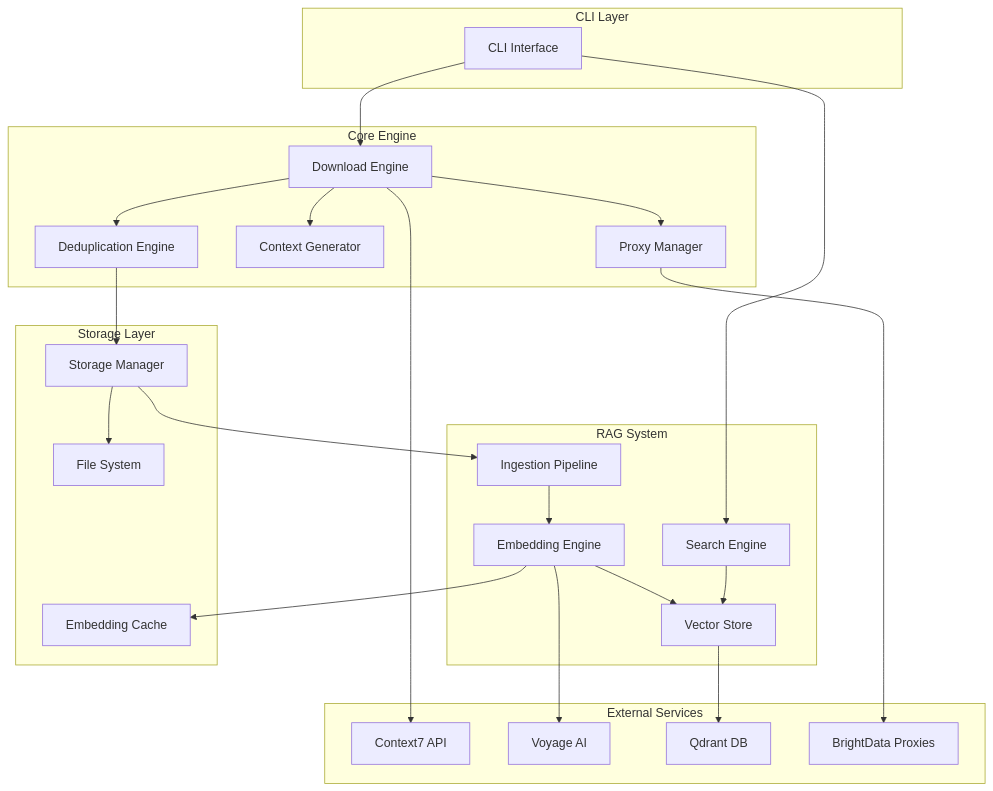
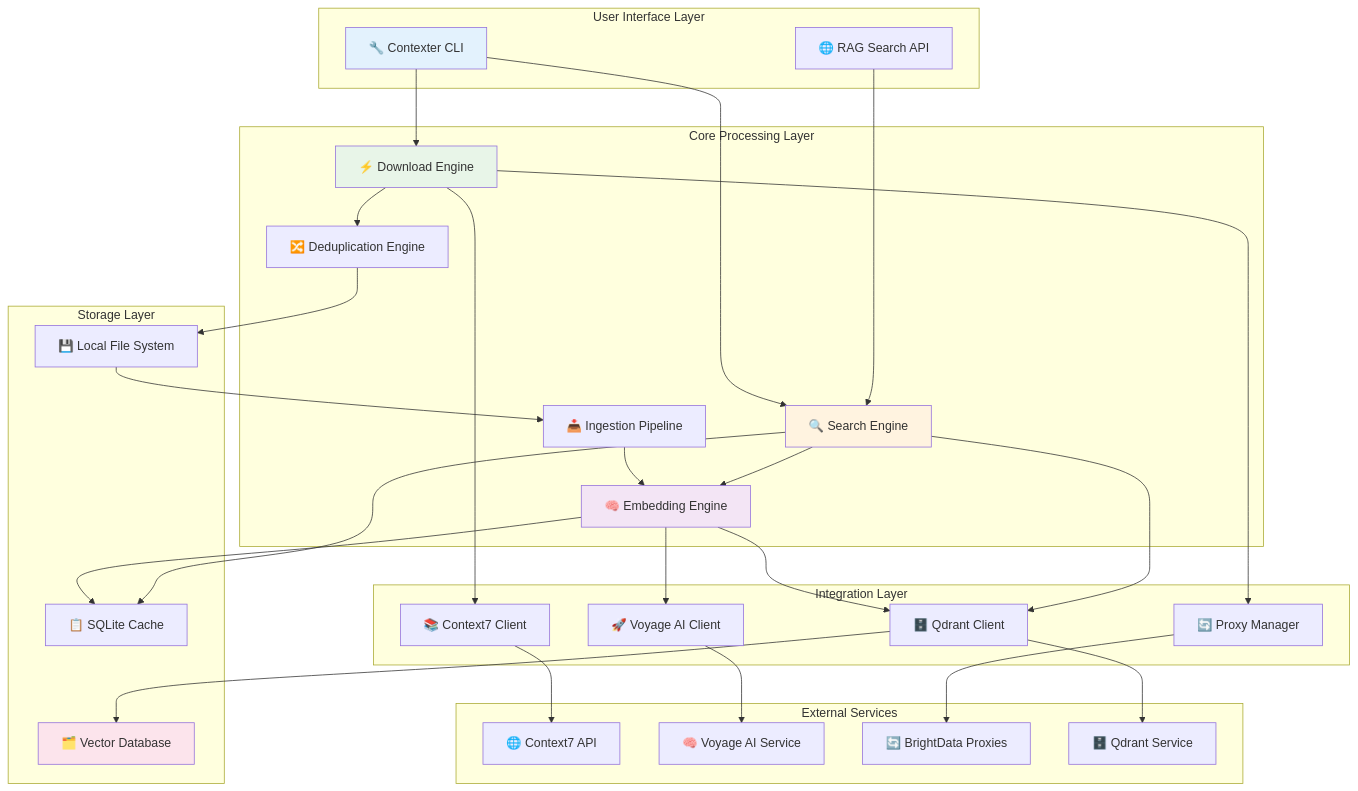
Before and after one commit to osbornesec/contexter: the first of 3 diagrams in ANALYSIS.md, drawn with Mermaid. The commit also changed other lines of this file and 3 other files, not shown here.

````diff
--- a/ANALYSIS.md
+++ b/ANALYSIS.md
@@ -210,50 +250,73 @@
 ```mermaid
 graph TB
-    subgraph "CLI Layer"
-        CLI[CLI Interface]
+    subgraph "User Interface Layer"
+        CLI[🔧 Contexter CLI]
+        WebAPI[🌐 RAG Search API]
     end
     
-    subgraph "Core Engine"
-        DE[Download Engine]
-        PM[Proxy Manager]
-        CG[Context Generator]
-        DD[Deduplication Engine]
+    subgraph "Core Processing Layer"
+        DownloadEngine[⚡ Download Engine]
+        DedupeEngine[🔀 Deduplication Engine]
+        IngestionPipeline[📥 Ingestion Pipeline]
+        EmbeddingEngine[🧠 Embedding Engine]
+        SearchEngine[🔍 Search Engine]
     end
     
-    subgraph "RAG System"
-        IP[Ingestion Pipeline]
-        EE[Embedding Engine]
-        VS[Vector Store]
-        SE[Search Engine]
+    subgraph "Integration Layer"
+        ProxyManager[🔄 Proxy Manager]
+        Context7Client[📚 Context7 Client]
+        VoyageClient[🚀 Voyage AI Client]
+        QdrantClient[🗄️ Qdrant Client]
     end
     
     subgraph "Storage Layer"
-        SM[Storage Manager]
-        EM[Embedding Cache]
-        FS[File System]
+        LocalStorage[💾 Local File System]
+        VectorDB[🗂️ Vector Database]
+        CacheDB[📋 SQLite Cache]
     end
     
     subgraph "External Services"
-        C7[Context7 API]
-        VA[Voyage AI]
-        QD[Qdrant DB]
-        BP[BrightData Proxies]
+        Context7API[🌐 Context7 API]
+        VoyageAI[🧠 Voyage AI Service]
+        BrightData[🔄 BrightData Proxies]
+        QdrantService[🗄️ Qdrant Service]
     end
     
-    CLI --> DE
-    DE --> PM
-    DE --> CG
-    DE --> DD
-    PM --> BP
-    DE --> C7
-    DD --> SM
-    SM --> FS
-    SM --> IP
-    IP --> EE
-    EE --> VA
-    EE --> EM
-    EE --> VS
-    VS --> QD
-    SE --> VS
-    CLI --> SE
+    %% User interactions
+    CLI --> DownloadEngine
+    CLI --> SearchEngine
+    WebAPI --> SearchEngine
+    
+    %% Download flow
+    DownloadEngine --> Context7Client
+    DownloadEngine --> ProxyManager
+    DownloadEngine --> DedupeEngine
+    DedupeEngine --> LocalStorage
+    
+    %% RAG processing flow
+    LocalStorage --> IngestionPipeline
+    IngestionPipeline --> EmbeddingEngine
+    EmbeddingEngine --> VoyageClient
+    EmbeddingEngine --> QdrantClient
+    QdrantClient --> VectorDB
+    
+    %% Search flow
+    SearchEngine --> QdrantClient
+    SearchEngine --> EmbeddingEngine
+    
+    %% External connections
+    Context7Client --> Context7API
+    ProxyManager --> BrightData
+    VoyageClient --> VoyageAI
+    QdrantClient --> QdrantService
+    
+    %% Caching
+    EmbeddingEngine --> CacheDB
+    SearchEngine --> CacheDB
+    
+    style CLI fill:#e3f2fd
+    style DownloadEngine fill:#e8f5e8
+    style EmbeddingEngine fill:#f3e5f5
+    style SearchEngine fill:#fff3e0
+    style VectorDB fill:#fce4ec
 ```
````
